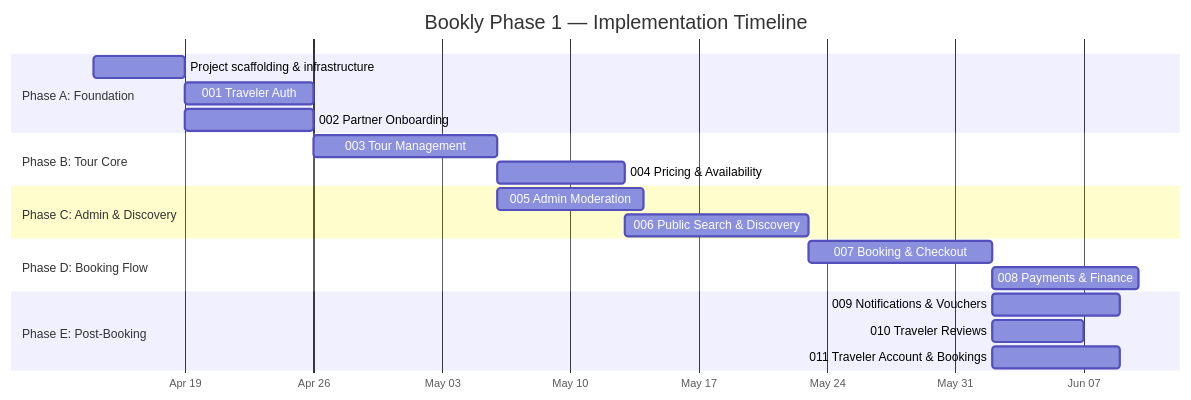
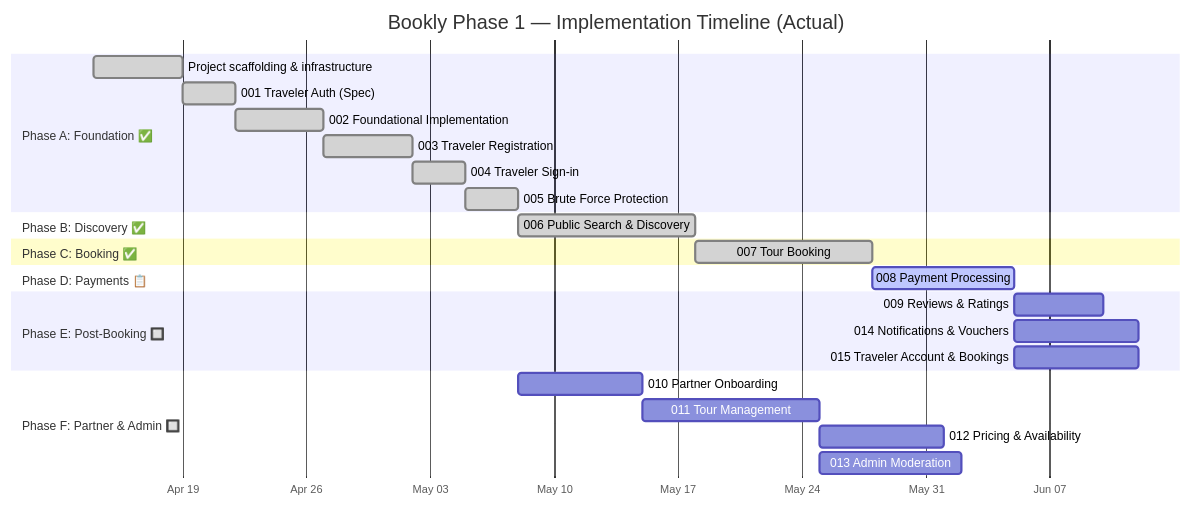
One commit to hatemsamirafifi/bookly-travel changed the diagram in docs/implementation-plan.md. Above: the diagram before and after it, drawn with Mermaid. The commit also changed other lines of this file and 123 other files, not shown here.

First line of the commit message:
009-reviews-ratings

````diff
--- a/docs/implementation-plan.md
+++ b/docs/implementation-plan.md
@@ -277,28 +290,34 @@
 ```mermaid
 gantt
-    title Bookly Phase 1 — Implementation Timeline
+    title Bookly Phase 1 — Implementation Timeline (Actual)
     dateFormat  YYYY-MM-DD
     axisFormat  %b %d
 
-    section Phase A: Foundation
-    Project scaffolding & infrastructure       :a1, 2026-04-14, 5d
-    001 Traveler Auth                          :a2, after a1, 7d
-    002 Partner Onboarding                     :a3, after a1, 7d
+    section Phase A: Foundation ✅
+    Project scaffolding & infrastructure       :done, a1, 2026-04-14, 5d
+    001 Traveler Auth (Spec)                   :done, a2, after a1, 3d
+    002 Foundational Implementation            :done, a3, after a2, 5d
+    003 Traveler Registration                  :done, a4, after a3, 5d
+    004 Traveler Sign-in                       :done, a5, after a4, 3d
+    005 Brute Force Protection                 :done, a6, after a5, 3d
 
-    section Phase B: Tour Core
-    003 Tour Management                        :b1, after a3, 10d
-    004 Pricing & Availability                 :b2, after b1, 7d
+    section Phase B: Discovery ✅
+    006 Public Search & Discovery              :done, b1, after a6, 10d
 
-    section Phase C: Admin & Discovery
-    005 Admin Moderation                       :c1, after b1, 8d
-    006 Public Search & Discovery              :c2, after b2, 10d
+    section Phase C: Booking ✅
+    007 Tour Booking                           :done, c1, after b1, 10d
 
-    section Phase D: Booking Flow
-    007 Booking & Checkout                     :d1, after c2, 10d
-    008 Payments & Finance                     :d2, after d1, 8d
+    section Phase D: Payments 📋
+    008 Payment Processing                     :active, d1, after c1, 8d
 
-    section Phase E: Post-Booking
-    009 Notifications & Vouchers               :e1, after d1, 7d
-    010 Traveler Reviews                       :e2, after d1, 5d
-    011 Traveler Account & Bookings            :e3, after d1, 7d
+    section Phase E: Post-Booking 🔲
+    009 Reviews & Ratings                      :e1, after d1, 5d
+    014 Notifications & Vouchers               :e2, after d1, 7d
+    015 Traveler Account & Bookings            :e3, after d1, 7d
+
+    section Phase F: Partner & Admin 🔲
+    010 Partner Onboarding                     :f1, after a6, 7d
+    011 Tour Management                        :f2, after f1, 10d
+    012 Pricing & Availability                 :f3, after f2, 7d
+    013 Admin Moderation                       :f4, after f2, 8d
 ```
````
